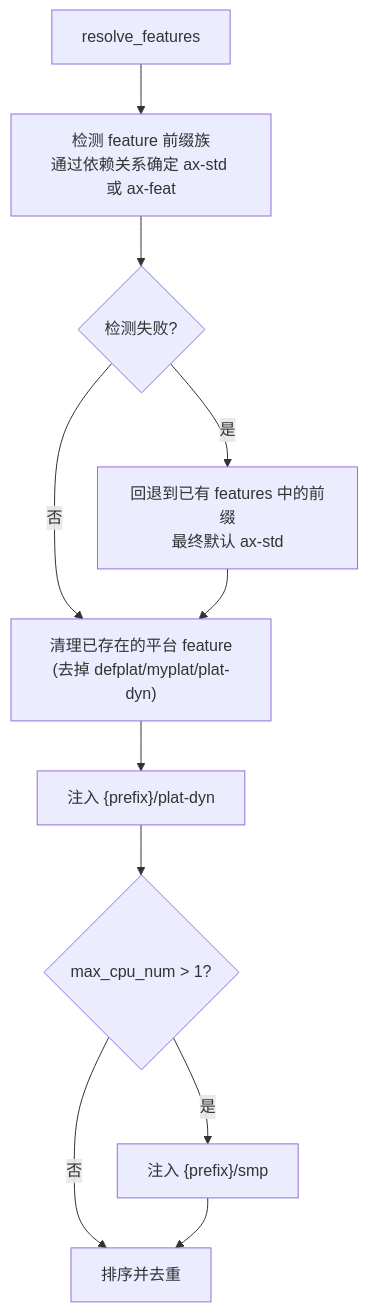
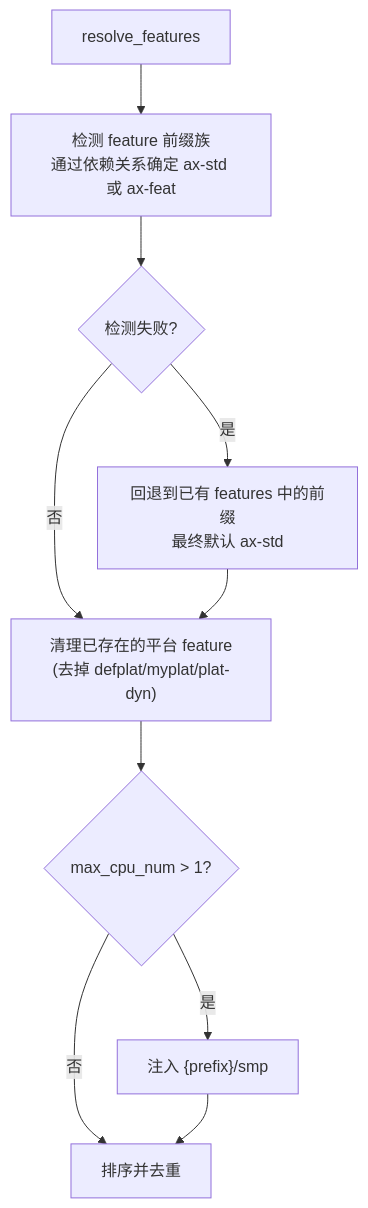
Before and after one commit to rcore-os/tgoskits: the fourth of 6 diagrams in docs/docs/build/build.md, drawn with Mermaid. The commit also changed other lines of this file and 131 other files, not shown here.

Commit message:
refactor: remove plat-dyn feature, make dynamic platform the only path

````diff
--- a/docs/docs/build/build.md
+++ b/docs/docs/build/build.md
@@ -144,13 +144,12 @@
 ```mermaid
 flowchart TD
     A[resolve_features] --> B["检测 feature 前缀族<br/>通过依赖关系确定 ax-std 或 ax-feat"]
     B --> B1{检测失败?}
     B1 -->|是| B2["回退到已有 features 中的前缀<br/>最终默认 ax-std"]
     B1 -->|否| C["清理已存在的平台 feature<br/>(去掉 defplat/myplat/plat-dyn)"]
     B2 --> C
-    C --> E["注入 {prefix}/plat-dyn"]
-    E --> I{max_cpu_num > 1?}
+    C --> I{max_cpu_num > 1?}
     I -->|是| J["注入 {prefix}/smp"]
     I -->|否| K["排序并去重"]
     J --> K
 ```
````
